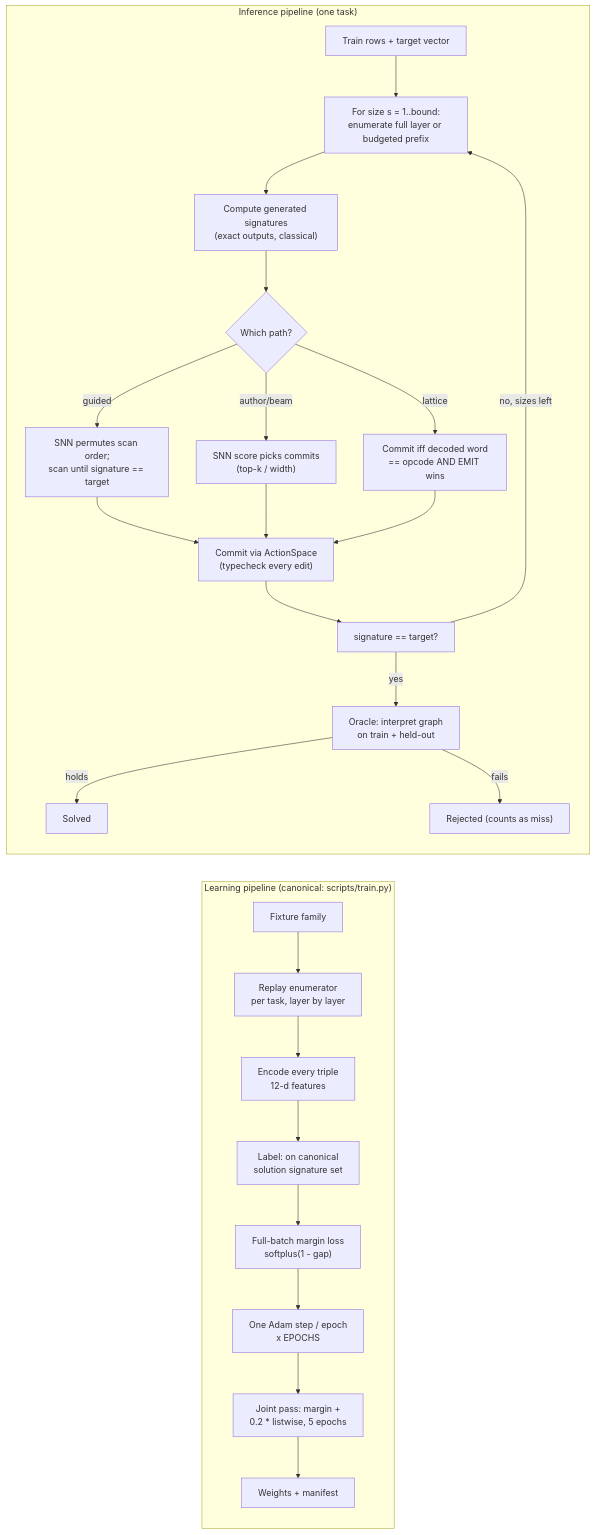
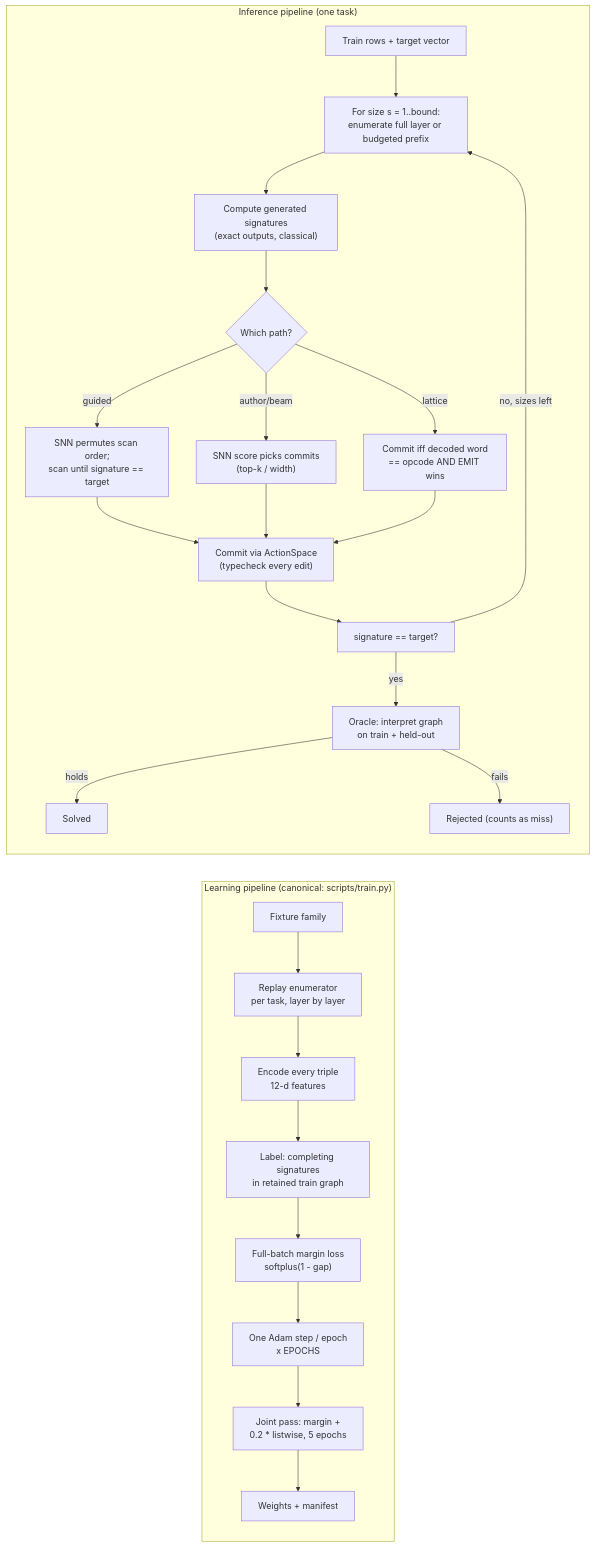
The second of 5 diagrams in architecture.md (Capsize-Games/rsi-programmer), drawn with Mermaid before and after one commit. The commit also changed other lines of this file and 25 other files, not shown here.

````diff
--- a/architecture.md
+++ b/architecture.md
@@ -89,26 +89,26 @@
 ```mermaid
 flowchart LR
     subgraph TRAIN_PIPE["Learning pipeline (canonical: scripts/train.py)"]
         T1["Fixture family"] --> T2["Replay enumerator<br/>per task, layer by layer"]
         T2 --> T3["Encode every triple<br/>12-d features"]
-        T3 --> T4["Label: on canonical<br/>solution signature set"]
+        T3 --> T4["Label: completing signatures<br/>in retained train graph"]
         T4 --> T5["Full-batch margin loss<br/>softplus(1 - gap)"]
         T5 --> T6["One Adam step / epoch<br/>x EPOCHS"]
         T6 --> T7["Joint pass: margin +<br/>0.2 * listwise, 5 epochs"]
         T7 --> T8["Weights + manifest"]
     end
     subgraph INFER_PIPE["Inference pipeline (one task)"]
         I1["Train rows + target vector"] --> I2["For size s = 1..bound:<br/>enumerate full layer or budgeted prefix"]
         I2 --> I3["Compute generated signatures<br/>(exact outputs, classical)"]
         I3 --> I4{"Which path?"}
         I4 -->|guided| I5["SNN permutes scan order;<br/>scan until signature == target"]
         I4 -->|author/beam| I6["SNN score picks commits<br/>(top-k / width)"]
         I4 -->|lattice| I7["Commit iff decoded word<br/>== opcode AND EMIT wins"]
         I5 & I6 & I7 --> I8["Commit via ActionSpace<br/>(typecheck every edit)"]
         I8 --> I9["signature == target?"]
         I9 -->|yes| I10["Oracle: interpret graph<br/>on train + held-out"]
         I9 -->|no, sizes left| I2
         I10 -->|holds| I11["Solved"]
         I10 -->|fails| I12["Rejected (counts as miss)"]
     end
 ```
````
